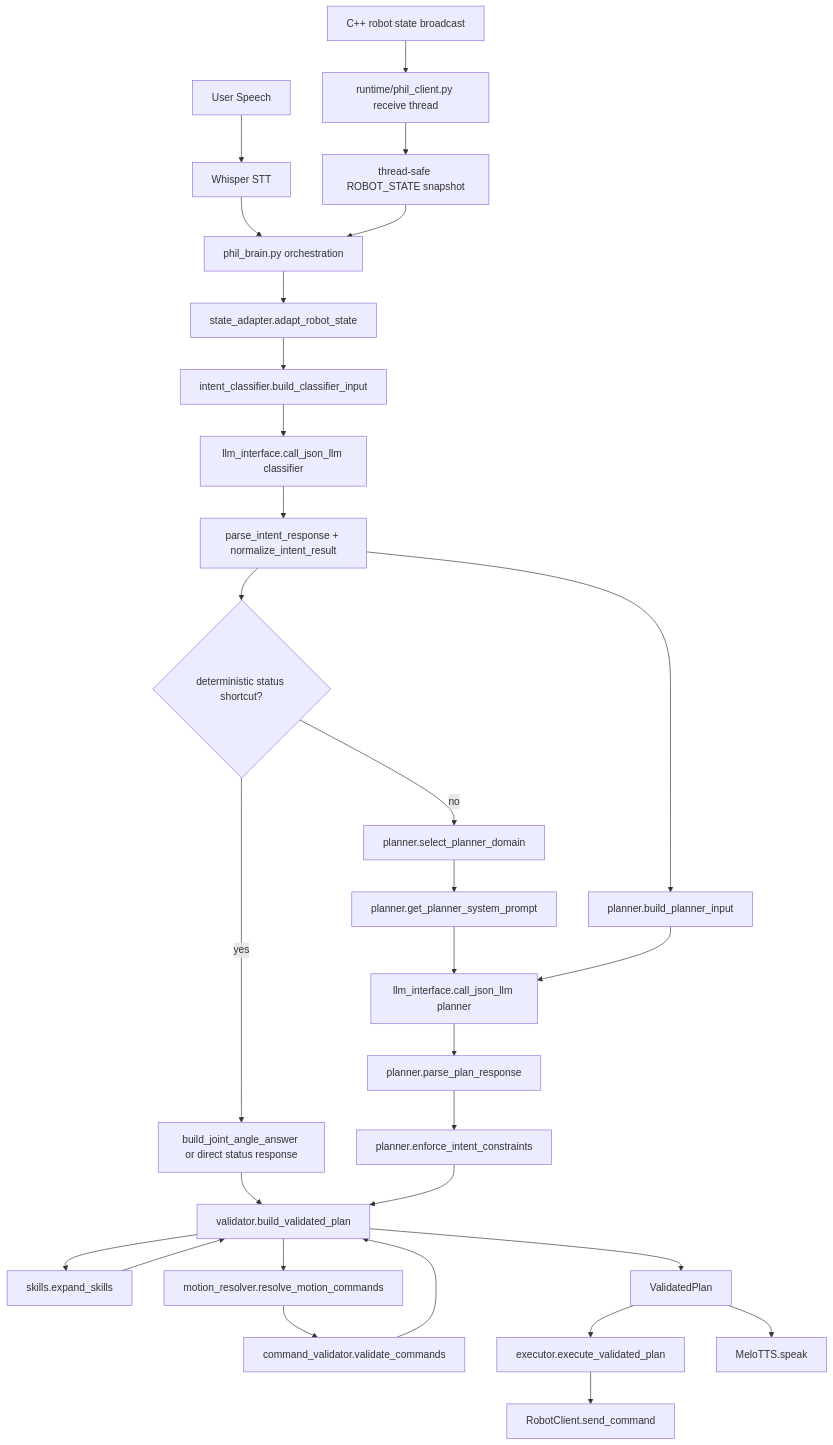
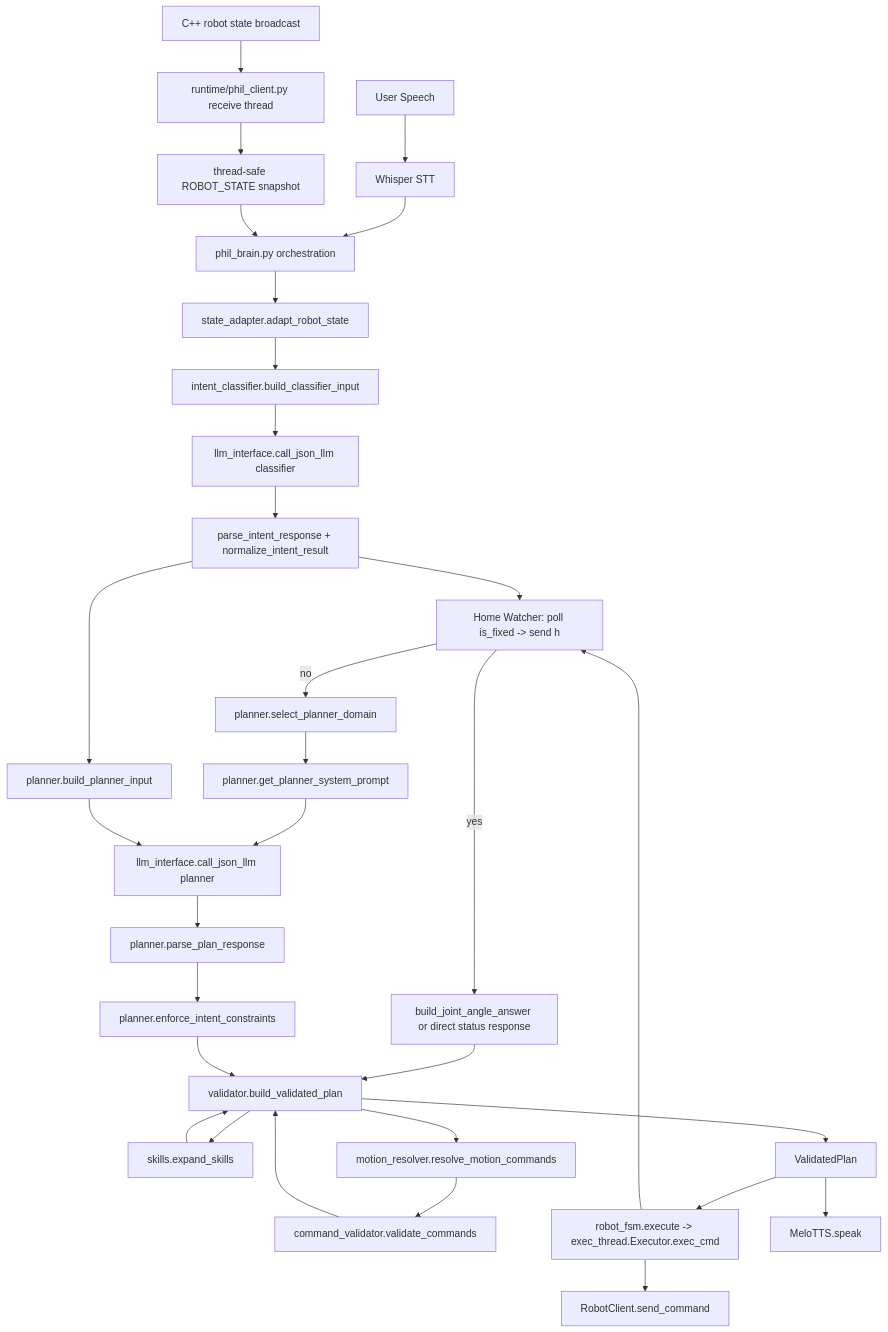
Before and after one commit to KIST-delight-robotics/PHIL_Interaction: the diagram in docs/LLM_PIPELINE_ARCHITECTURE.md, drawn with Mermaid. The commit also changed other lines of this file and 12 other files, not shown here.

````diff
--- a/docs/LLM_PIPELINE_ARCHITECTURE.md
+++ b/docs/LLM_PIPELINE_ARCHITECTURE.md
@@ -273,38 +277,39 @@
 ```mermaid
 flowchart TD
     A[User Speech] --> B[Whisper STT]
     B --> C[phil_brain.py orchestration]
     C --> D[state_adapter.adapt_robot_state]
 
     D --> E[intent_classifier.build_classifier_input]
     E --> F[llm_interface.call_json_llm classifier]
     F --> G[parse_intent_response + normalize_intent_result]
 
     G --> H{deterministic status shortcut?}
     H -->|yes| I[build_joint_angle_answer or direct status response]
     H -->|no| J[planner.select_planner_domain]
     J --> K[planner.get_planner_system_prompt]
     G --> L[planner.build_planner_input]
     K --> M[llm_interface.call_json_llm planner]
     L --> M
     M --> N[planner.parse_plan_response]
     N --> O[planner.enforce_intent_constraints]
 
     I --> P[validator.build_validated_plan]
     O --> P
 
     P --> Q[skills.expand_skills]
     P --> R[motion_resolver.resolve_motion_commands]
     R --> S[command_validator.validate_commands]
     Q --> P
     S --> P
 
     P --> T[ValidatedPlan]
-    T --> U[executor.execute_validated_plan]
+    T --> U[robot_fsm.execute -> exec_thread.Executor.exec_cmd]
     U --> V[RobotClient.send_command]
+    U --> H[Home Watcher: poll is_fixed -> send h]
     T --> W[MeloTTS.speak]
 
     X[C++ robot state broadcast] --> Y[runtime/phil_client.py receive thread]
     Y --> Z[thread-safe ROBOT_STATE snapshot]
     Z --> C
 ```
````
